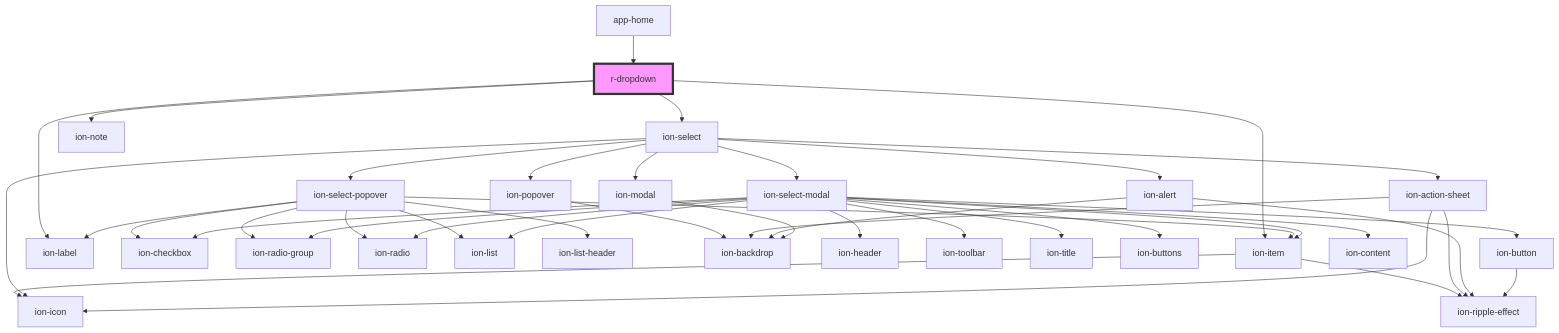
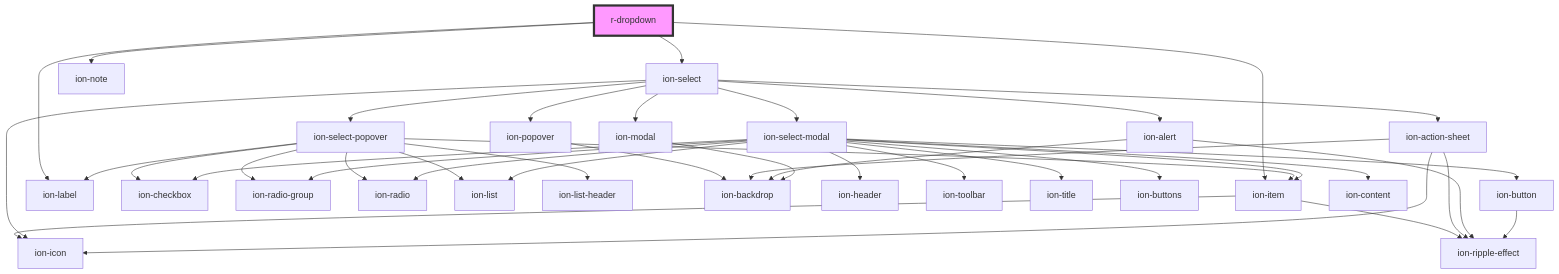
The diagram in src/components/r-dropdown/readme.md (refactico/design-system), drawn with Mermaid before and after one commit. The commit also changed other lines of this file and 27 other files, not shown here.

First line of the commit message:
chore: update component dependencies and documentation for app-home

````diff
--- a/src/components/r-dropdown/readme.md
+++ b/src/components/r-dropdown/readme.md
@@ -50,44 +46,43 @@
 ```mermaid
 graph TD;
   r-dropdown --> ion-item
   r-dropdown --> ion-label
   r-dropdown --> ion-select
   r-dropdown --> ion-note
   ion-item --> ion-icon
   ion-item --> ion-ripple-effect
   ion-select --> ion-select-popover
   ion-select --> ion-popover
   ion-select --> ion-action-sheet
   ion-select --> ion-alert
   ion-select --> ion-select-modal
   ion-select --> ion-modal
   ion-select --> ion-icon
   ion-select-popover --> ion-item
   ion-select-popover --> ion-checkbox
   ion-select-popover --> ion-radio-group
   ion-select-popover --> ion-radio
   ion-select-popover --> ion-list
   ion-select-popover --> ion-list-header
   ion-select-popover --> ion-label
   ion-popover --> ion-backdrop
   ion-action-sheet --> ion-backdrop
   ion-action-sheet --> ion-icon
   ion-action-sheet --> ion-ripple-effect
   ion-alert --> ion-ripple-effect
   ion-alert --> ion-backdrop
   ion-select-modal --> ion-radio-group
   ion-select-modal --> ion-item
   ion-select-modal --> ion-radio
   ion-select-modal --> ion-checkbox
   ion-select-modal --> ion-header
   ion-select-modal --> ion-toolbar
   ion-select-modal --> ion-title
   ion-select-modal --> ion-buttons
   ion-select-modal --> ion-button
   ion-select-modal --> ion-content
   ion-select-modal --> ion-list
   ion-button --> ion-ripple-effect
   ion-modal --> ion-backdrop
-  app-home --> r-dropdown
   style r-dropdown fill:#f9f,stroke:#333,stroke-width:4px
 ```
````
